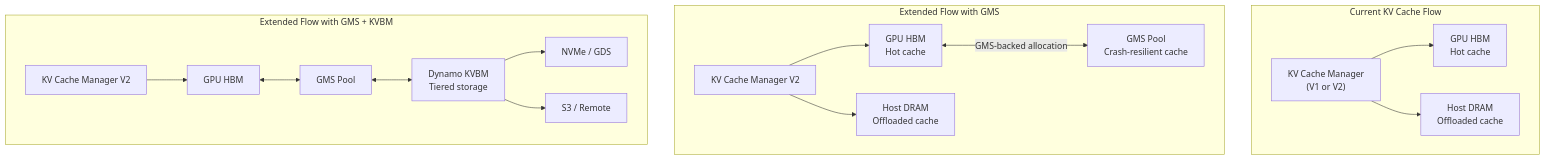
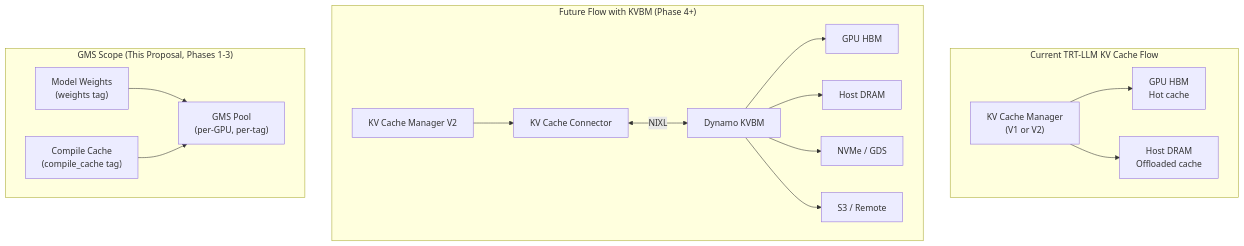
One commit to chienchunhung/TensorRT-LLM changed the diagram in docs/design/mx-gms-integration/09-kv-cache-extension.md. Above: the diagram before and after it, drawn with Mermaid. The commit also changed other lines of this file and 6 other files, not shown here.

First line of the commit message:
[None][docs] Scope GMS to weight-like artifacts; defer KV cache to KVBM

````diff
--- a/docs/design/mx-gms-integration/09-kv-cache-extension.md
+++ b/docs/design/mx-gms-integration/09-kv-cache-extension.md
@@ -29,34 +41,34 @@
 ```mermaid
 graph TB
-    subgraph "Current KV Cache Flow"
+    subgraph "Current TRT-LLM KV Cache Flow"
         KVM["KV Cache Manager<br/>(V1 or V2)"]
         GPU["GPU HBM<br/>Hot cache"]
         Host["Host DRAM<br/>Offloaded cache"]
         KVM --> GPU
         KVM --> Host
     end
 
-    subgraph "Extended Flow with GMS"
+    subgraph "Future Flow with KVBM (Phase 4+)"
         KVM2["KV Cache Manager V2"]
-        GPU2["GPU HBM<br/>Hot cache"]
-        GMS_KV["GMS Pool<br/>Crash-resilient cache"]
-        Host2["Host DRAM<br/>Offloaded cache"]
-        KVM2 --> GPU2
-        GPU2 <-->|"GMS-backed allocation"| GMS_KV
-        KVM2 --> Host2
+        Connector["KV Cache Connector"]
+        KVBM["Dynamo KVBM"]
+        GPU2["GPU HBM"]
+        DRAM["Host DRAM"]
+        NVMe["NVMe / GDS"]
+        Remote["S3 / Remote"]
+        KVM2 --> Connector
+        Connector <-->|"NIXL"| KVBM
+        KVBM --> GPU2
+        KVBM --> DRAM
+        KVBM --> NVMe
+        KVBM --> Remote
     end
 
-    subgraph "Extended Flow with GMS + KVBM"
-        KVM3["KV Cache Manager V2"]
-        GPU3["GPU HBM"]
-        GMS3["GMS Pool"]
-        KVBM["Dynamo KVBM<br/>Tiered storage"]
-        NVMe["NVMe / GDS"]
-        S3["S3 / Remote"]
-        KVM3 --> GPU3
-        GPU3 <--> GMS3
-        GMS3 <--> KVBM
-        KVBM --> NVMe
-        KVBM --> S3
+    subgraph "GMS Scope (This Proposal, Phases 1-3)"
+        Weights["Model Weights<br/>(weights tag)"]
+        Compile["Compile Cache<br/>(compile_cache tag)"]
+        GMSPool["GMS Pool<br/>(per-GPU, per-tag)"]
+        Weights --> GMSPool
+        Compile --> GMSPool
     end
 ```
````
